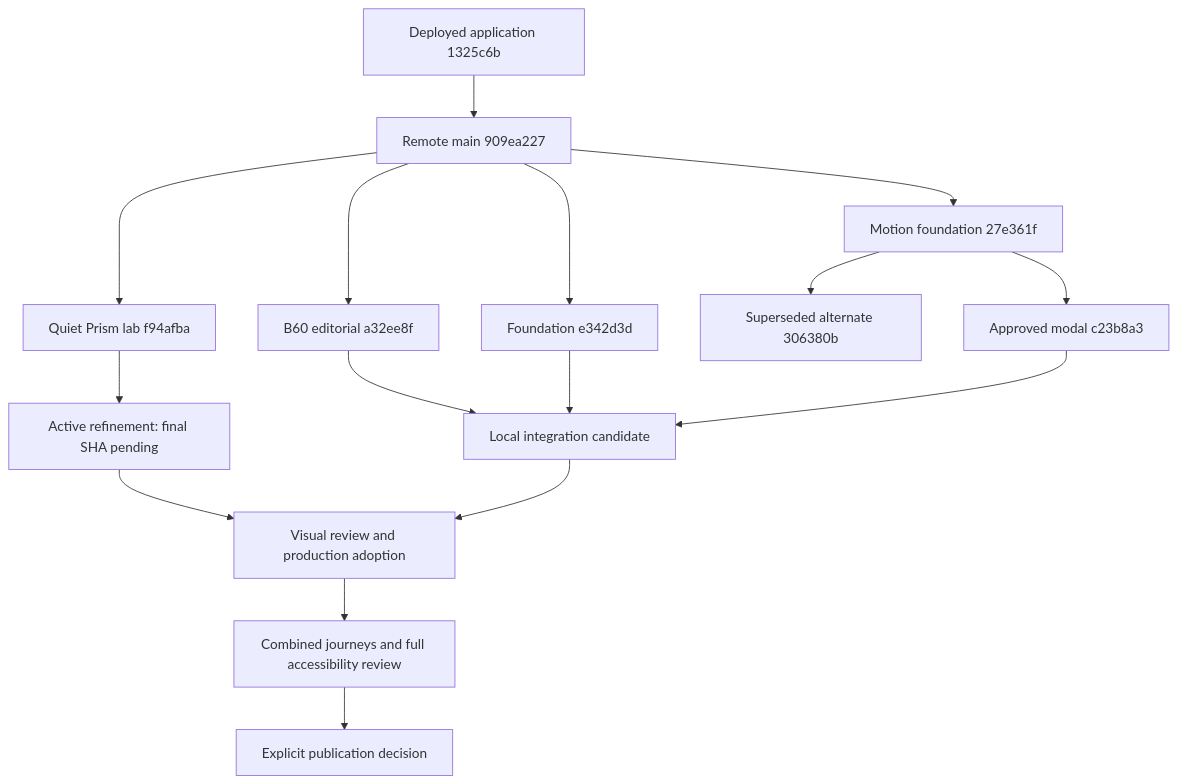
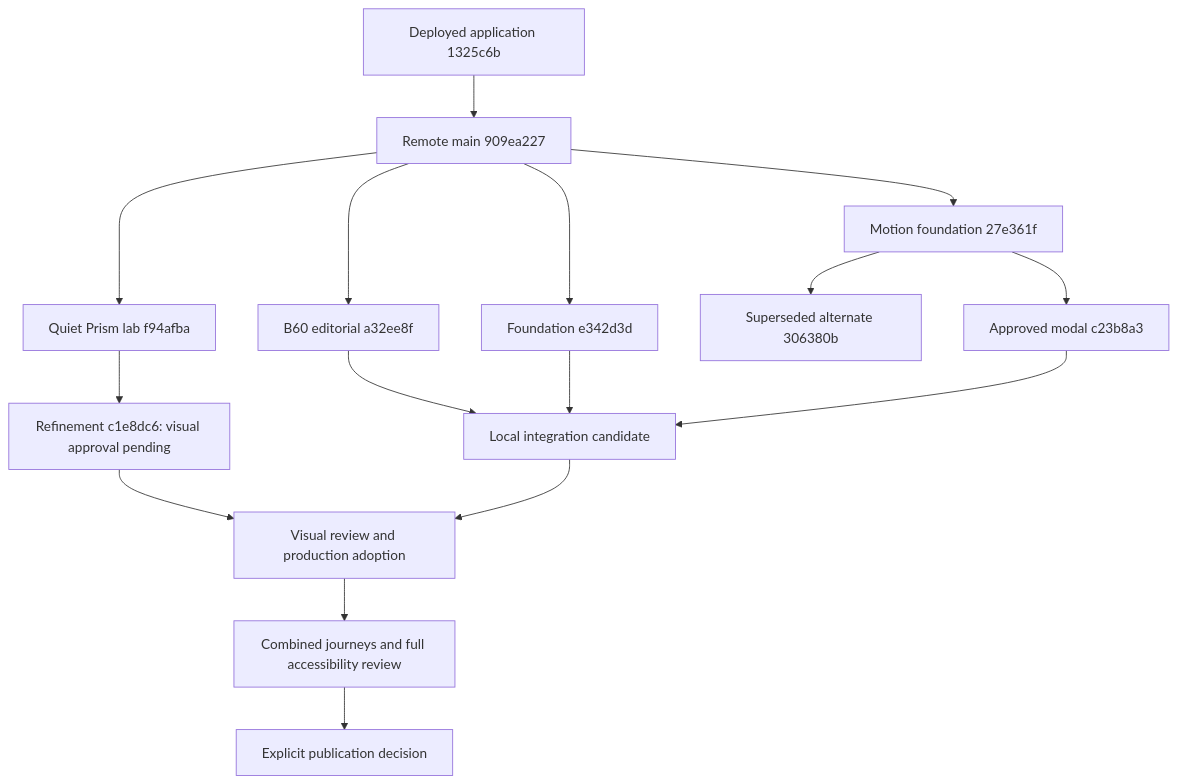
One commit to jacobmedley/jacobmedley.com changed the diagram in docs/website-integration-plan-20260920.md. Above: the diagram before and after it, drawn with Mermaid. The commit also changed other lines of this file and 2 other files, not shown here.

Commit message:
docs: pin completed Quiet Prism refinement in integration plan

````diff
--- a/docs/website-integration-plan-20260920.md
+++ b/docs/website-integration-plan-20260920.md
@@ -154,18 +158,18 @@
 ```mermaid
 flowchart TD
   P[Deployed application 1325c6b] --> B[Remote main 909ea227]
   B --> E[B60 editorial a32ee8f]
   B --> F[Foundation e342d3d]
   B --> M[Motion foundation 27e361f]
   M --> A[Approved modal c23b8a3]
   M --> X[Superseded alternate 306380b]
   B --> L[Quiet Prism lab f94afba]
-  L --> R[Active refinement: final SHA pending]
+  L --> R[Refinement c1e8dc6: visual approval pending]
   E --> I[Local integration candidate]
   F --> I
   A --> I
   R --> V[Visual review and production adoption]
   I --> V
   V --> T[Combined journeys and full accessibility review]
   T --> D[Explicit publication decision]
 ```
````
